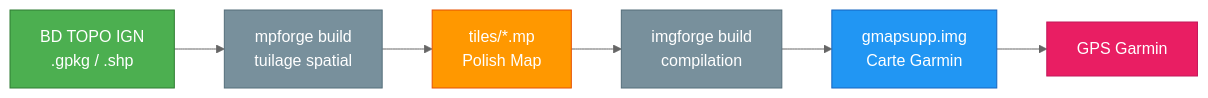
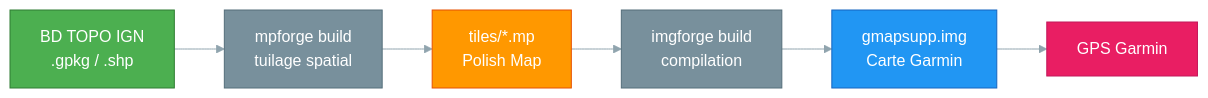
One commit to allfab/garmin-img-forge changed the diagram in site/docs/01-le-projet/index.md. Above: the diagram before and after it, drawn with Mermaid. The commit also changed 8 other files, not shown here.

First line of the commit message:
fix(site): uniformiser le fond hero avec le thème et améliorer le contraste mermaid

````diff
--- a/site/docs/01-le-projet/index.md
+++ b/site/docs/01-le-projet/index.md
@@ -78,16 +78,16 @@
 ```mermaid
-%%{init: {'theme': 'base', 'themeVariables': {'primaryColor': '#4caf50', 'primaryTextColor': '#000', 'lineColor': '#666', 'secondaryColor': '#ff9800', 'tertiaryColor': '#2196f3'}}}%%
+%%{init: {'theme': 'base', 'themeVariables': {'primaryColor': '#4caf50', 'lineColor': '#90a4ae', 'secondaryColor': '#ff9800', 'tertiaryColor': '#2196f3'}}}%%
 flowchart LR
     A["BD TOPO IGN<br/>.gpkg / .shp"] --> B["mpforge build<br/>tuilage spatial"]
     B --> C["tiles/*.mp<br/>Polish Map"]
     C --> D["imgforge build<br/>compilation"]
     D --> E["gmapsupp.img<br/>Carte Garmin"]
     E --> F["GPS Garmin"]
 
     style A fill:#4caf50,stroke:#2e7d32,color:#fff
     style B fill:#78909c,stroke:#546e7a,color:#fff
     style C fill:#ff9800,stroke:#e65100,color:#fff
     style D fill:#78909c,stroke:#546e7a,color:#fff
     style E fill:#2196f3,stroke:#1565c0,color:#fff
     style F fill:#e91e63,stroke:#c2185b,color:#fff
 ```
````
